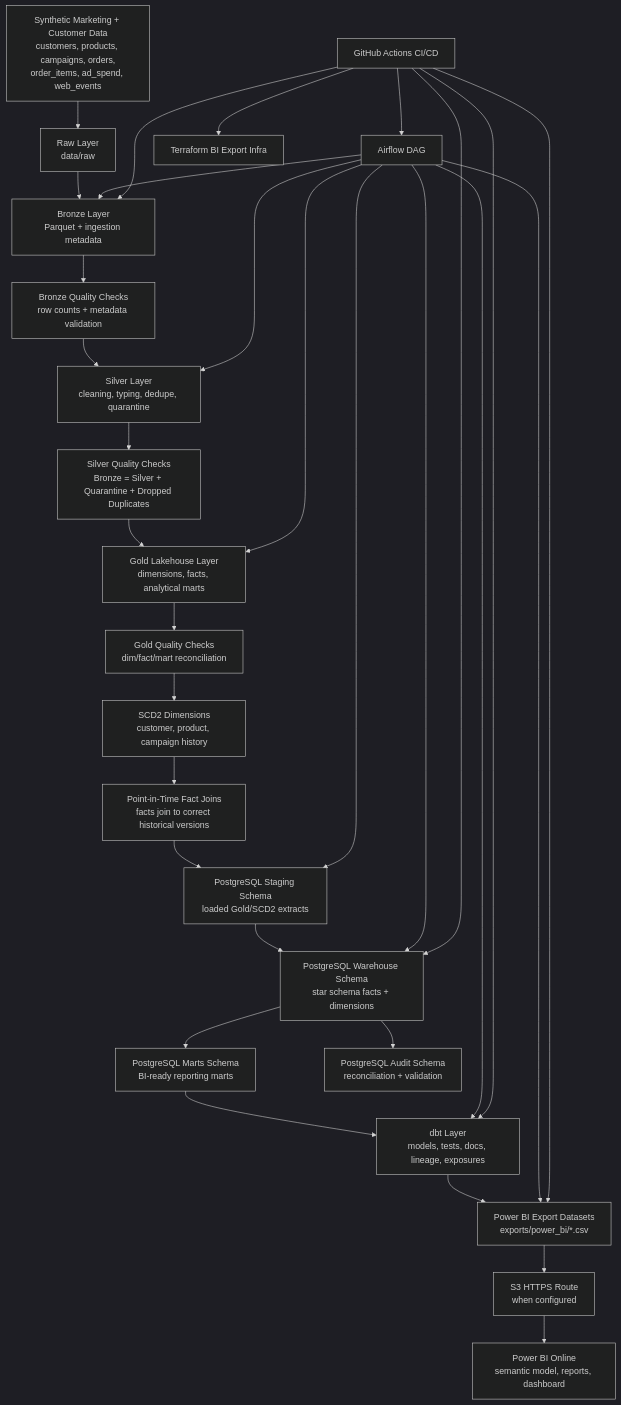
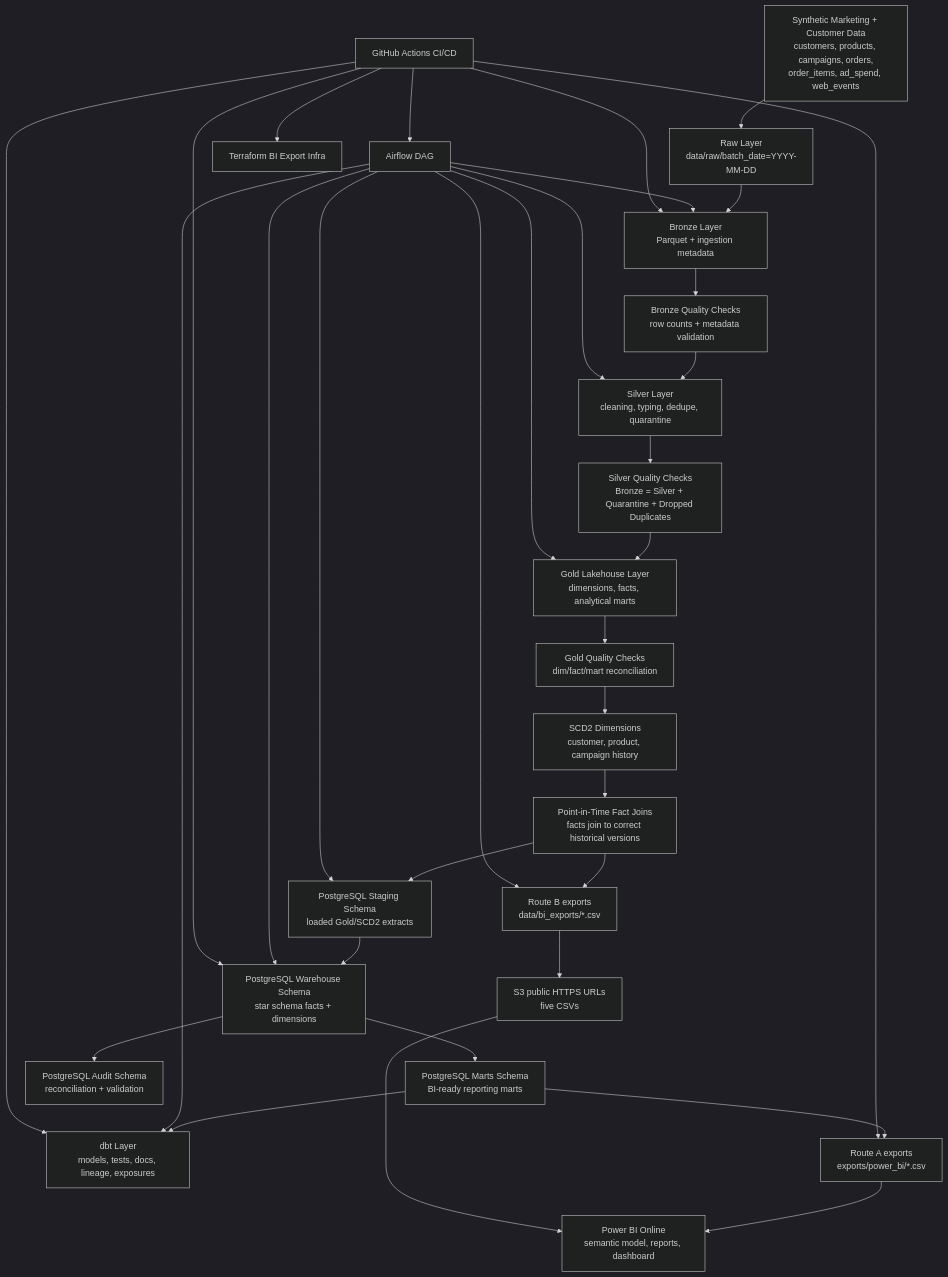
The diagram in README.md (HimanshuLabs/Batch-Lakehouse-Marketing-Analytics), drawn with Mermaid (dark theme) before and after one commit. The commit also changed other lines of this file and 17 other files, not shown here.

````diff
--- a/README.md
+++ b/README.md
@@ -78,40 +81,42 @@
 ```mermaid
 flowchart TD
-    A["Synthetic Marketing + Customer Data<br/>customers, products, campaigns, orders,<br/>order_items, ad_spend, web_events"] --> B["Raw Layer<br/>data/raw"]
+    A["Synthetic Marketing + Customer Data<br/>customers, products, campaigns, orders,<br/>order_items, ad_spend, web_events"] --> B["Raw Layer<br/>data/raw/batch_date=YYYY-MM-DD"]
     B --> C["Bronze Layer<br/>Parquet + ingestion metadata"]
     C --> D["Bronze Quality Checks<br/>row counts + metadata validation"]
 
     D --> E["Silver Layer<br/>cleaning, typing, dedupe, quarantine"]
     E --> F["Silver Quality Checks<br/>Bronze = Silver + Quarantine + Dropped Duplicates"]
 
     F --> G["Gold Lakehouse Layer<br/>dimensions, facts, analytical marts"]
     G --> H["Gold Quality Checks<br/>dim/fact/mart reconciliation"]
 
     H --> I["SCD2 Dimensions<br/>customer, product, campaign history"]
     I --> J["Point-in-Time Fact Joins<br/>facts join to correct historical versions"]
 
     J --> K["PostgreSQL Staging Schema<br/>loaded Gold/SCD2 extracts"]
     K --> L["PostgreSQL Warehouse Schema<br/>star schema facts + dimensions"]
     L --> M["PostgreSQL Marts Schema<br/>BI-ready reporting marts"]
     L --> N["PostgreSQL Audit Schema<br/>reconciliation + validation"]
 
     M --> O["dbt Layer<br/>models, tests, docs, lineage, exposures"]
-    O --> P["Power BI Export Datasets<br/>exports/power_bi/*.csv"]
-    P --> Q["S3 HTTPS Route<br/>when configured"]
-    Q --> R["Power BI Online<br/>semantic model, reports, dashboard"]
+    M --> P["Route A exports<br/>exports/power_bi/*.csv"]
+    J --> P2["Route B exports<br/>data/bi_exports/*.csv"]
+    P2 --> Q["S3 public HTTPS URLs<br/>five CSVs"]
+    P --> R["Power BI Online<br/>semantic model, reports, dashboard"]
+    Q --> R
 
     S["Airflow DAG"] --> C
     S --> E
     S --> G
     S --> K
     S --> L
     S --> O
-    S --> P
+    S --> P2
 
     T["GitHub Actions CI/CD"] --> C
     T --> L
     T --> O
     T --> S
     T --> P
     T --> U["Terraform BI Export Infra"]
 ```
````
